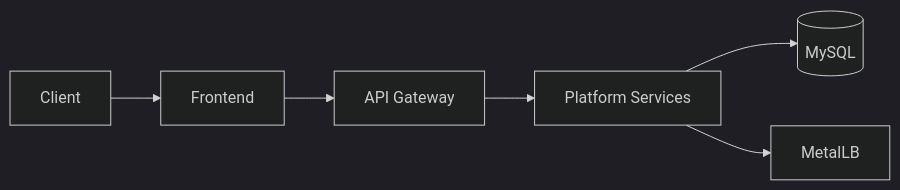
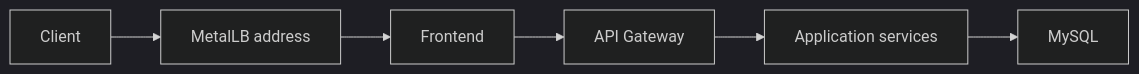
Before and after one commit to farah-ben-harb/Alif.tn-App-k8s: the diagram in README.md, drawn with Mermaid (dark theme). The commit also changed other lines of this file, not shown here.

````diff
--- a/README.md
+++ b/README.md
@@ -25,8 +14,8 @@
 ```mermaid
 flowchart LR
-    Client[Client] --> Frontend[Frontend]
+    Client --> VIP[MetalLB address]
+    VIP --> Frontend
     Frontend --> Gateway[API Gateway]
-    Gateway --> Services[Platform Services]
-    Services --> MySQL[(MySQL)]
-    Services --> MetalLB[MetalLB]
+    Gateway --> Services[Application services]
+    Services --> MySQL
 ```
````
